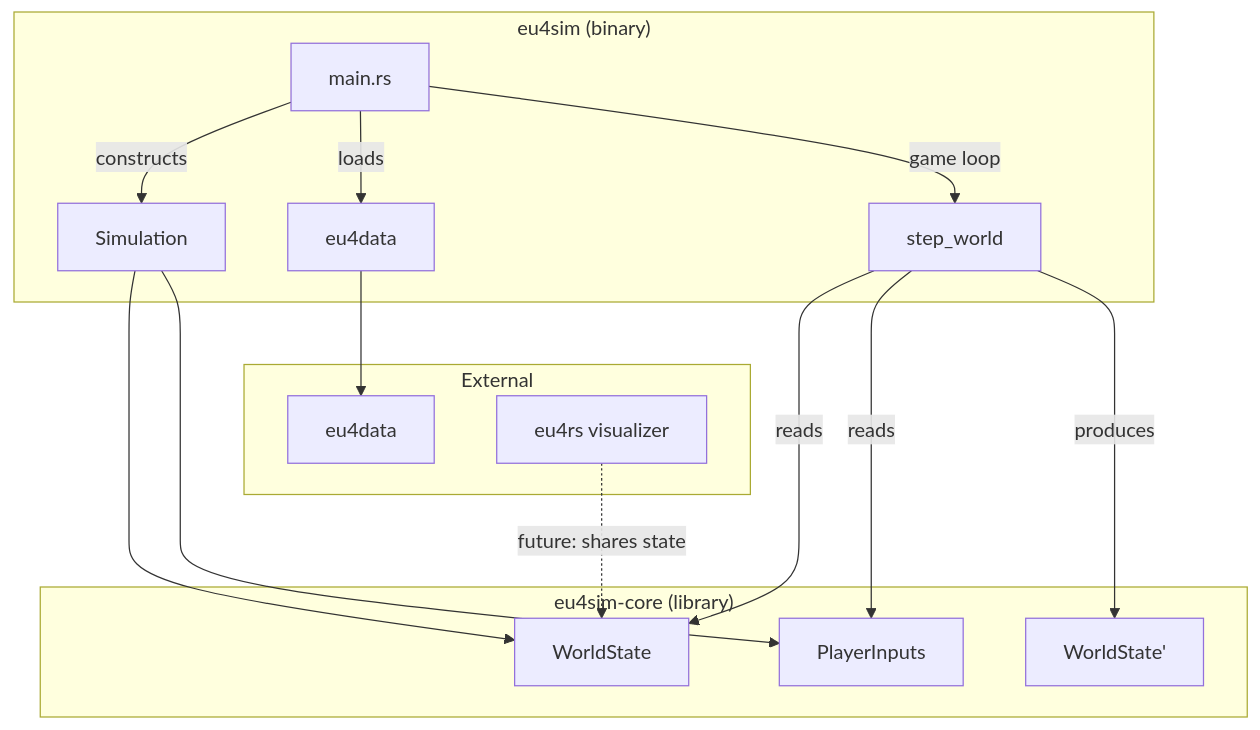
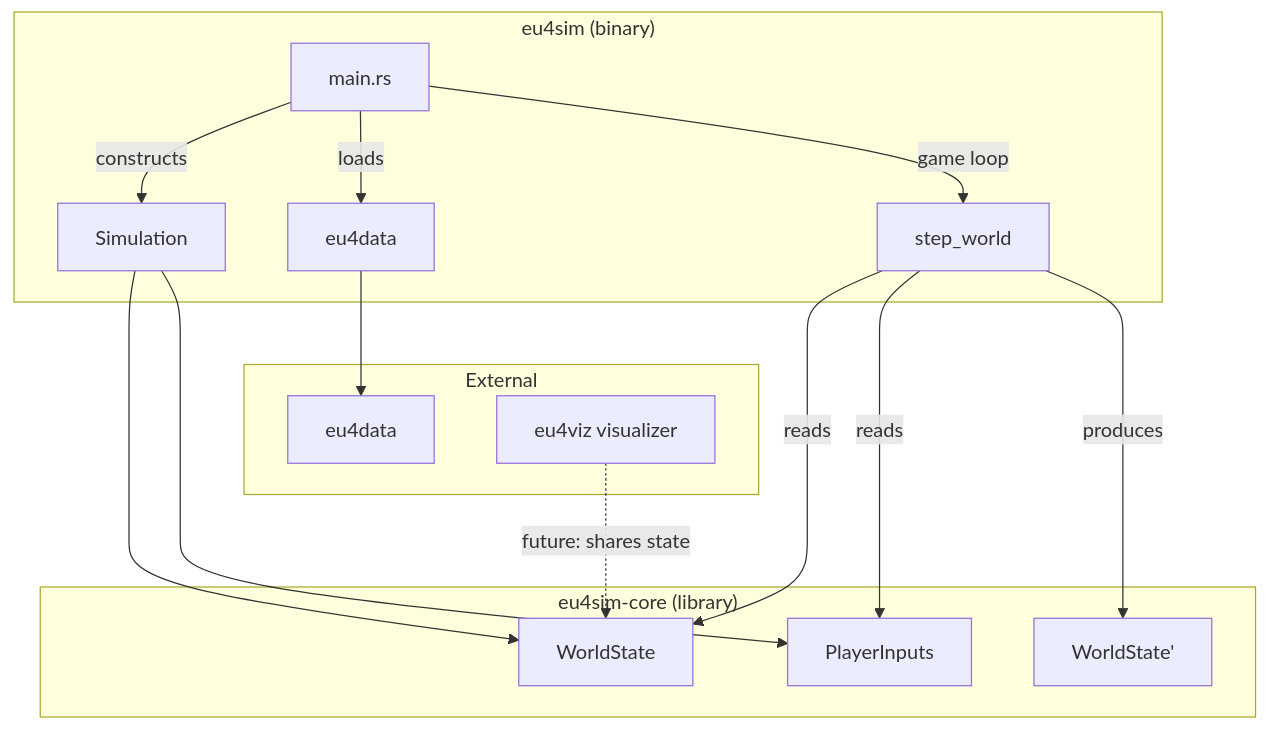
Before and after one commit to atvrager/eu4rs: the first of 2 diagrams in docs/simulation.md, drawn with Mermaid. The commit also changed other lines of this file and 40 other files, not shown here.

````diff
--- a/docs/simulation.md
+++ b/docs/simulation.md
@@ -7,30 +7,30 @@
 ```mermaid
 graph TB
     subgraph "eu4sim (binary)"
         main[main.rs]
         main --> |constructs| sim
         main --> |loads| data[eu4data]
         main --> |game loop| tick
     end
 
     subgraph "eu4sim-core (library)"
         sim[Simulation]
         state[WorldState]
         input[PlayerInputs]
         tick[step_world]
         
         sim --> state
         sim --> input
         tick --> |reads| state
         tick --> |reads| input
         tick --> |produces| state2[WorldState']
     end
 
     subgraph "External"
         eu4data[eu4data]
-        eu4rs[eu4rs visualizer]
+        eu4viz[eu4viz visualizer]
     end
 
     data --> eu4data
-    eu4rs -.-> |future: shares state| state
+    eu4viz -.-> |future: shares state| state
 ```
````
